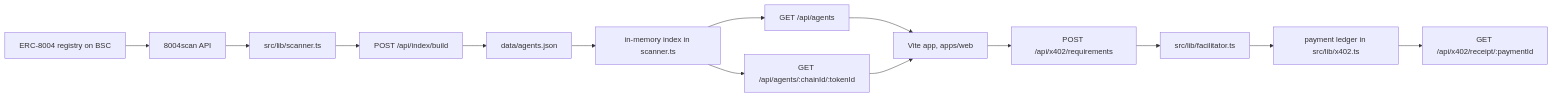
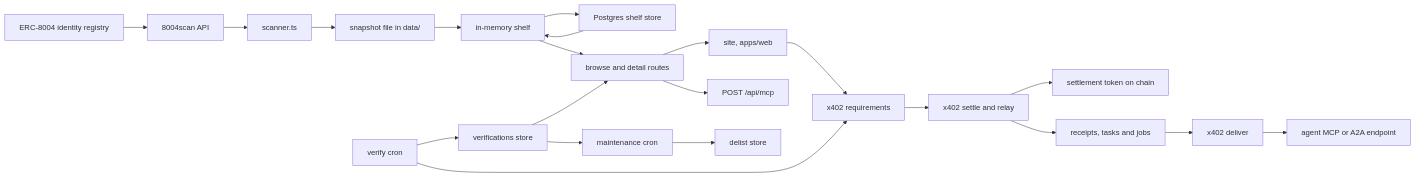
Before and after one commit to blockballr/agentsouk: the first of 2 diagrams in docs/architecture.md, drawn with Mermaid. The commit also changed other lines of this file and 1 other file, not shown here.

Commit message:
docs(architecture): rewritten against the current system

````diff
--- a/docs/architecture.md
+++ b/docs/architecture.md
@@ -110,16 +60,23 @@
 ```mermaid
 flowchart LR
-    R[ERC-8004 registry on BSC] --> A[8004scan API]
-    A --> S[src/lib/scanner.ts]
-    S --> B[POST /api/index/build]
-    B --> J[data/agents.json]
-    J --> I[in-memory index in scanner.ts]
-    I --> Q[GET /api/agents]
-    I --> D[GET /api/agents/:chainId/:tokenId]
-    Q --> W[Vite app, apps/web]
-    D --> W
-    W --> REQ[POST /api/x402/requirements]
-    REQ --> F[src/lib/facilitator.ts]
-    F --> L[payment ledger in src/lib/x402.ts]
-    L --> RC[GET /api/x402/receipt/:paymentId]
+    R["ERC-8004 identity registry"] --> A["8004scan API"]
+    A --> S["scanner.ts"]
+    S --> J["snapshot file in data/"]
+    J --> I["in-memory shelf"]
+    I --> P["Postgres shelf store"]
+    P --> I
+    I --> Q["browse and detail routes"]
+    Q --> W["site, apps/web"]
+    Q --> M["POST /api/mcp"]
+    W --> REQ["x402 requirements"]
+    REQ --> ST["x402 settle and relay"]
+    ST --> C["settlement token on chain"]
+    ST --> L["receipts, tasks and jobs"]
+    L --> D["x402 deliver"]
+    D --> AG["agent MCP or A2A endpoint"]
+    V["verify cron"] --> REQ
+    V --> VS["verifications store"]
+    VS --> Q
+    VS --> MT["maintenance cron"]
+    MT --> DL["delist store"]
 ```
````
